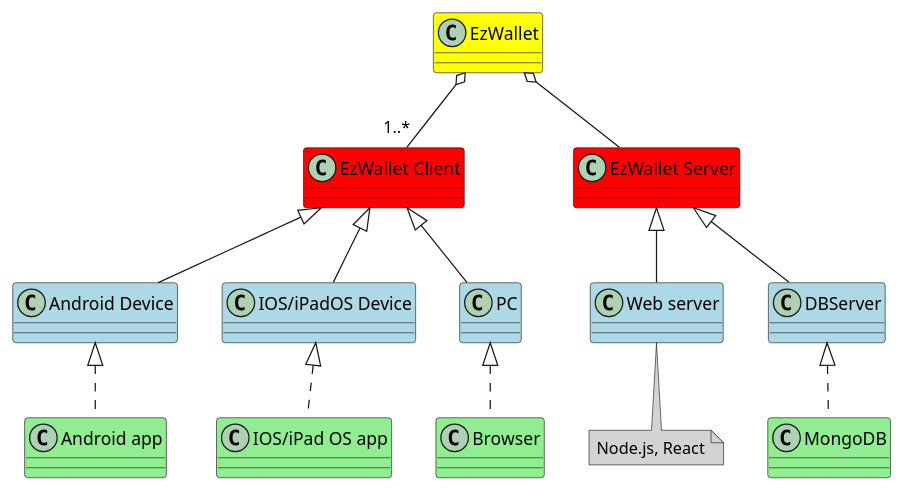
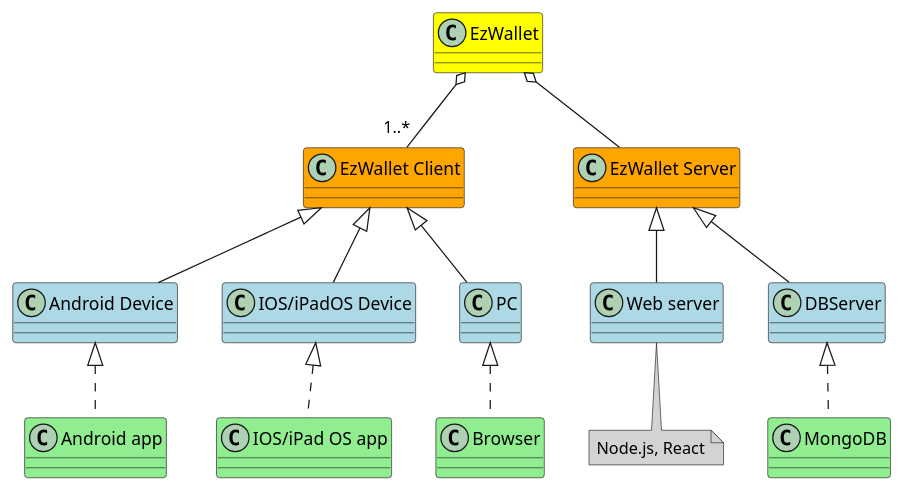
One commit to filippoCaste/se1-group21-EZWallet changed the fourth of 5 diagrams in RequirementsDocumentV2.md. Above: the diagram before and after it, drawn with PlantUML. The commit also changed other lines of this file and 1 other file, not shown here.

Commit message:
minor fixes

````diff
--- a/RequirementsDocumentV2.md
+++ b/RequirementsDocumentV2.md
@@ -478,27 +478,27 @@
 ```plantuml
 class EzWallet #Yellow 
-class "EzWallet Client" #Red 
-class "EzWallet Server" #Red
+class "EzWallet Client" #Orange 
+class "EzWallet Server" #Orange
 class "Android Device" #LightBlue
 class "IOS/iPadOS Device" #LightBlue
 class "PC" #LightBlue
 class "Web server" #LightBlue
 class "DBServer" #LightBlue
 class "Android app" #LightGreen
 class "IOS/iPad OS app" #LightGreen
 class "Browser" #LightGreen
 class "MongoDB" #LightGreen
 
 EzWallet o-- "1..*" "EzWallet Client"
   "EzWallet Client" <|-- "Android Device"
     "Android Device" <|.. "Android app"
   "EzWallet Client" <|-- "IOS/iPadOS Device"
     "IOS/iPadOS Device" <|.. "IOS/iPad OS app"
   "EzWallet Client" <|-- "PC"
     "PC" <|.. "Browser"
 EzWallet o--  "EzWallet Server"
   "EzWallet Server" <|-- "Web server"
   "EzWallet Server" <|-- "DBServer"
     "DBServer" <|.. "MongoDB"
 note bottom of "Web server" #LightGray: Node.js, React
 ```
````
